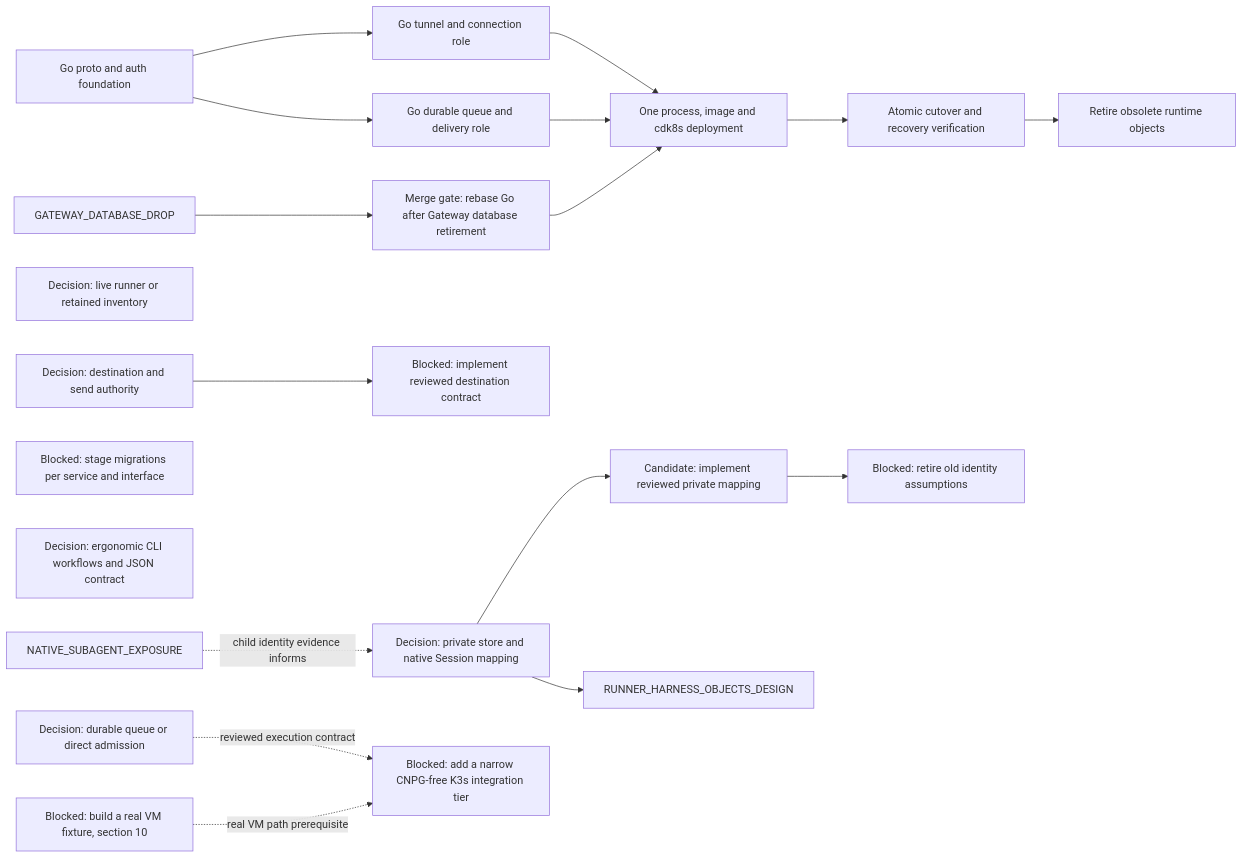
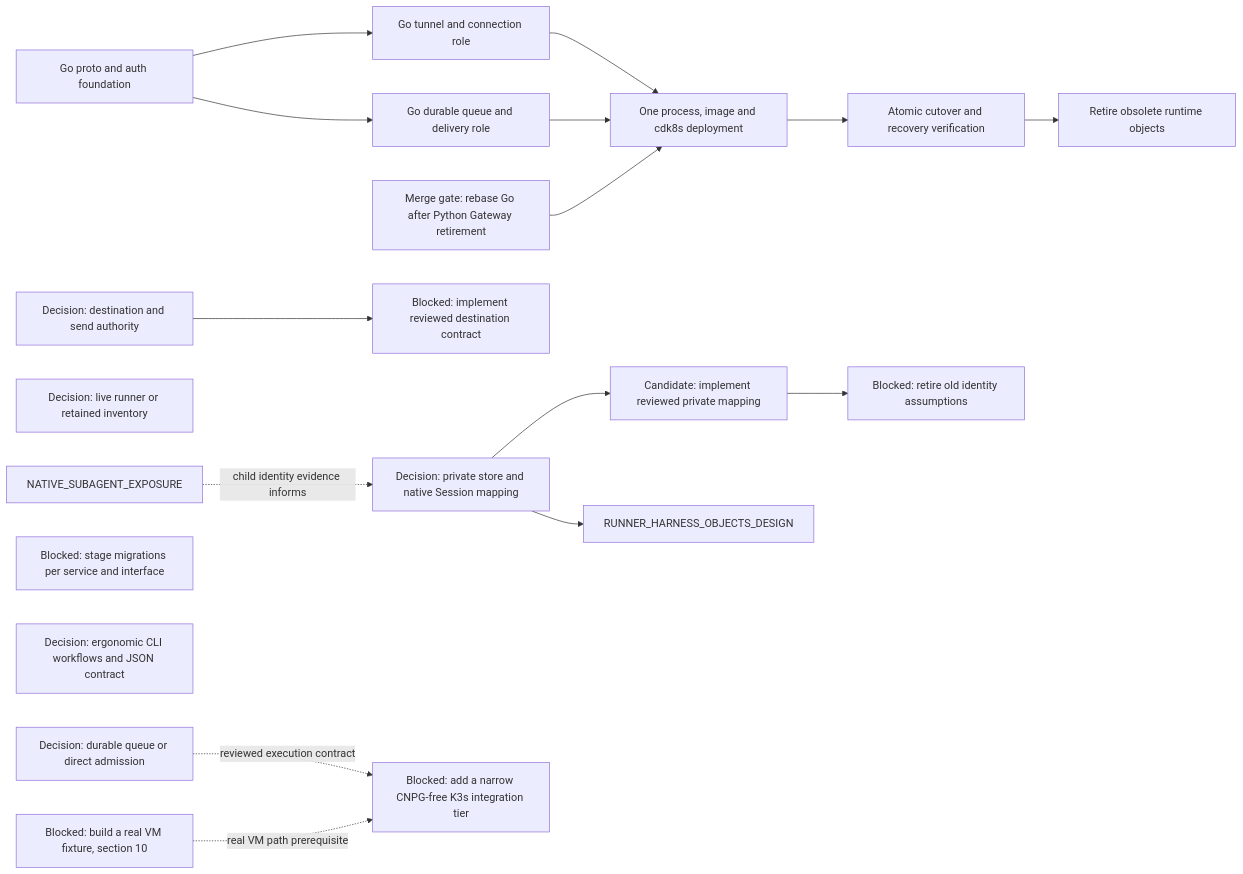
Diagram 16 of 16 in agentplane/plans/task_dag.md (agentydragon-agent/ducktape), drawn with Mermaid before and after one commit. The commit also changed other lines of this file and 39 other files, not shown here.

First line of the commit message:
agentplane: retire Gateway database artifacts (#10733)

````diff
--- a/agentplane/plans/task_dag.md
+++ b/agentplane/plans/task_dag.md
@@ -1398,36 +1350,35 @@
 ```mermaid
 flowchart LR
     DISPATCHER_PERSISTENCE_MODEL_DESIGN[Decision: durable queue or direct admission]
     DELIVERY_GO_PROTOCOL_AUTH[Go proto and auth foundation]
     DELIVERY_GO_GATEWAY[Go tunnel and connection role]
     DELIVERY_GO_DISPATCHER[Go durable queue and delivery role]
-    DELIVERY_GO_RETIREMENT_REBASE[Merge gate: rebase Go after Gateway database retirement]
+    DELIVERY_GO_RETIREMENT_REBASE[Merge gate: rebase Go after Python Gateway retirement]
     DELIVERY_GO_INTEGRATION[One process, image and cdk8s deployment]
     DELIVERY_UNIFIED_CUTOVER[Atomic cutover and recovery verification]
     DELIVERY_OLD_RUNTIME_RETIRE[Retire obsolete runtime objects]
     RUNNER_INVENTORY_AUTHORITY_DESIGN[Decision: live runner or retained inventory]
     DELIVERY_DESTINATION_AUTHORITY_DESIGN[Decision: destination and send authority]
     DELIVERY_DESTINATION_CONTRACT[Blocked: implement reviewed destination contract]
     HARNESS_IDENTITY_DESIGN[Decision: private store and native Session mapping]
     RUNNER_STORE_SESSION_IDENTITY[Candidate: implement reviewed private mapping]
     RUNNER_IDENTITY_LEGACY_CLEANUP[Blocked: retire old identity assumptions]
     SERVICE_API_TRANSPORT_MIGRATIONS[Blocked: stage migrations per service and interface]
     AGENT_API_TOOLING_DESIGN[Decision: ergonomic CLI workflows and JSON contract]
     CNPG_FREE_K3S_INTEGRATION_TIER[Blocked: add a narrow CNPG-free K3s integration tier]
     K3S_VM_IMAGE[Blocked: build a real VM fixture, section 10]
     DELIVERY_GO_PROTOCOL_AUTH --> DELIVERY_GO_GATEWAY
     DELIVERY_GO_PROTOCOL_AUTH --> DELIVERY_GO_DISPATCHER
-    GATEWAY_DATABASE_DROP --> DELIVERY_GO_RETIREMENT_REBASE
     DELIVERY_GO_GATEWAY --> DELIVERY_GO_INTEGRATION
     DELIVERY_GO_DISPATCHER --> DELIVERY_GO_INTEGRATION
     DELIVERY_GO_RETIREMENT_REBASE --> DELIVERY_GO_INTEGRATION
     DELIVERY_GO_INTEGRATION --> DELIVERY_UNIFIED_CUTOVER
     DELIVERY_UNIFIED_CUTOVER --> DELIVERY_OLD_RUNTIME_RETIRE
     DELIVERY_DESTINATION_AUTHORITY_DESIGN --> DELIVERY_DESTINATION_CONTRACT
     RUNNER_STORE_SESSION_IDENTITY --> RUNNER_IDENTITY_LEGACY_CLEANUP
     NATIVE_SUBAGENT_EXPOSURE -. child identity evidence informs .-> HARNESS_IDENTITY_DESIGN
     HARNESS_IDENTITY_DESIGN --> RUNNER_STORE_SESSION_IDENTITY
     HARNESS_IDENTITY_DESIGN --> RUNNER_HARNESS_OBJECTS_DESIGN
     DISPATCHER_PERSISTENCE_MODEL_DESIGN -. reviewed execution contract .-> CNPG_FREE_K3S_INTEGRATION_TIER
     K3S_VM_IMAGE -. real VM path prerequisite .-> CNPG_FREE_K3S_INTEGRATION_TIER
 ```
````
